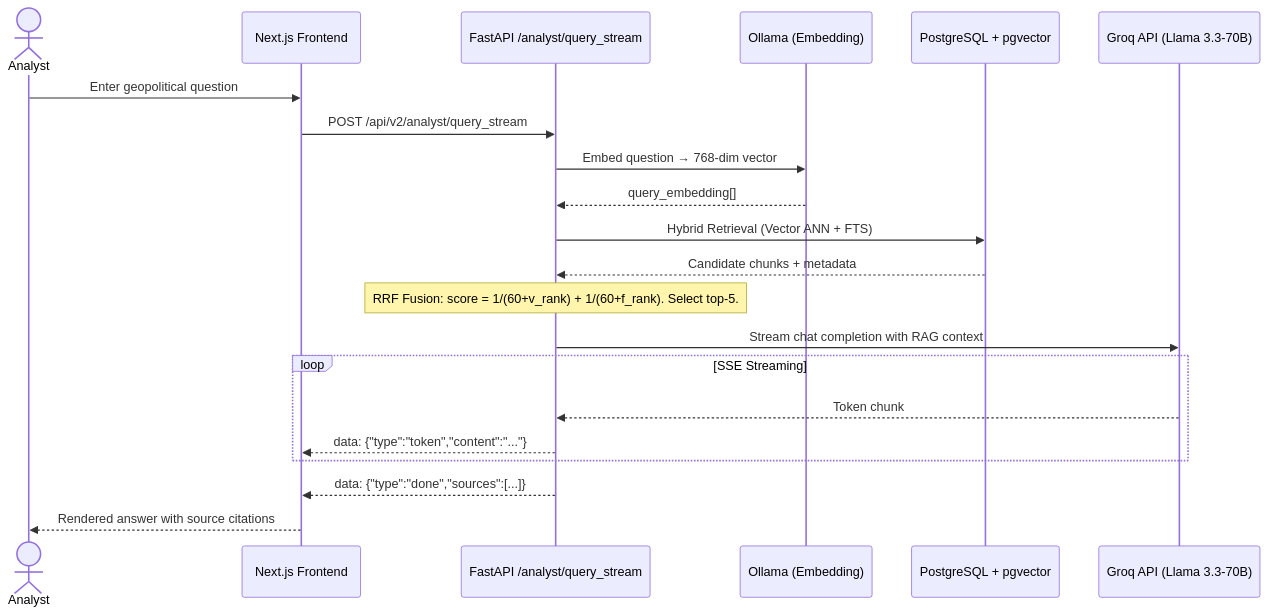
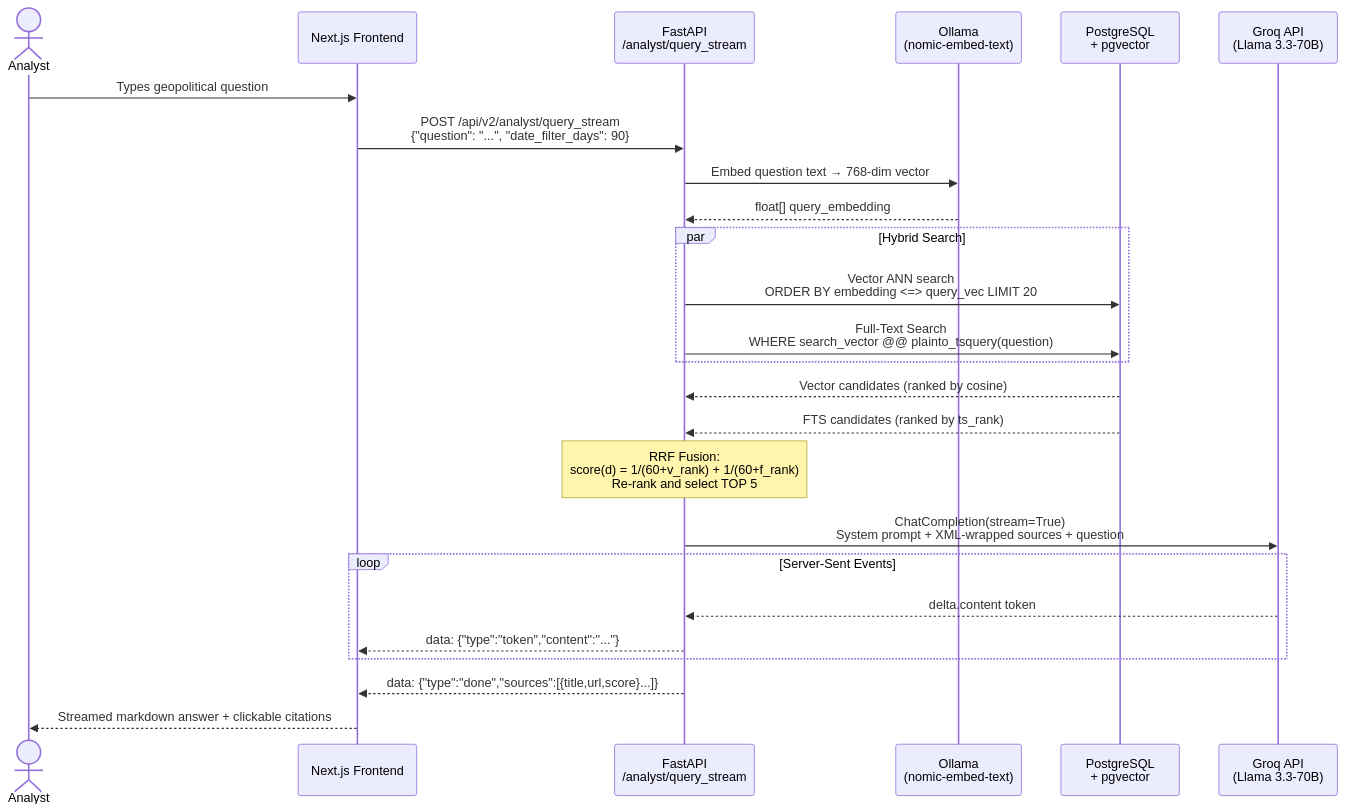
Before and after one commit to krishmaniyar/Strategic-News-Analyzer: the fourth of 9 diagrams in README.md, drawn with Mermaid. The commit also changed other lines of this file, not shown here.

Commit message:
docs: comprehensive SDE-level README rewrite with all diagrams, security, AWS deployment, and dev practices

````diff
--- a/README.md
+++ b/README.md
@@ -246,30 +302,35 @@
 ```mermaid
 sequenceDiagram
-    actor User as Analyst
+    actor Analyst
     participant FE as Next.js Frontend
-    participant API as FastAPI /analyst/query_stream
-    participant Ollama as Ollama (Embedding)
-    participant PG as PostgreSQL + pgvector
-    participant Groq as Groq API (Llama 3.3-70B)
+    participant API as FastAPI<br/>/analyst/query_stream
+    participant Ollama as Ollama<br/>(nomic-embed-text)
+    participant PG as PostgreSQL<br/>+ pgvector
+    participant Groq as Groq API<br/>(Llama 3.3-70B)
 
-    User->>FE: Enter geopolitical question
-    FE->>API: POST /api/v2/analyst/query_stream
+    Analyst->>FE: Types geopolitical question
+    FE->>API: POST /api/v2/analyst/query_stream<br/>{"question": "...", "date_filter_days": 90}
 
-    API->>Ollama: Embed question → 768-dim vector
-    Ollama-->>API: query_embedding[]
+    API->>Ollama: Embed question text → 768-dim vector
+    Ollama-->>API: float[] query_embedding
 
-    API->>PG: Hybrid Retrieval (Vector ANN + FTS)
-    PG-->>API: Candidate chunks + metadata
+    par Hybrid Search
+        API->>PG: Vector ANN search<br/>ORDER BY embedding <=> query_vec LIMIT 20
+        API->>PG: Full-Text Search<br/>WHERE search_vector @@ plainto_tsquery(question)
+    end
 
-    Note over API: RRF Fusion: score = 1/(60+v_rank) + 1/(60+f_rank). Select top-5.
+    PG-->>API: Vector candidates (ranked by cosine)
+    PG-->>API: FTS candidates (ranked by ts_rank)
 
-    API->>Groq: Stream chat completion with RAG context
-    
-    loop SSE Streaming
-        Groq-->>API: Token chunk
+    Note over API: RRF Fusion:<br/>score(d) = 1/(60+v_rank) + 1/(60+f_rank)<br/>Re-rank and select TOP 5
+
+    API->>Groq: ChatCompletion(stream=True)<br/>System prompt + XML-wrapped sources + question
+
+    loop Server-Sent Events
+        Groq-->>API: delta.content token
         API-->>FE: data: {"type":"token","content":"..."}
     end
-    
-    API-->>FE: data: {"type":"done","sources":[...]}
-    FE-->>User: Rendered answer with source citations
+
+    API-->>FE: data: {"type":"done","sources":[{title,url,score}...]}
+    FE-->>Analyst: Streamed markdown answer + clickable citations
 ```
````
